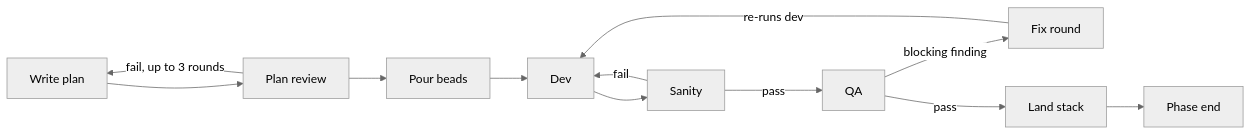
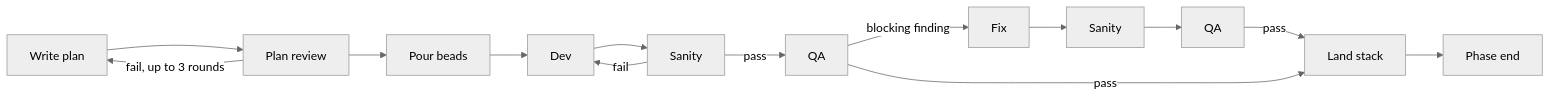
The diagram in docs/getting-started.md (randlee/atm-bd-orchestration), drawn with Mermaid (neutral theme) before and after one commit. The commit also changed other lines of this file and 1 other file, not shown here.

````diff
--- a/docs/getting-started.md
+++ b/docs/getting-started.md
@@ -14,10 +14,11 @@
 ```mermaid
 flowchart LR
     plan[Write plan] --> review[Plan review]
     review -- "fail, up to 3 rounds" --> plan
     review --> pour[Pour beads] --> dev[Dev] --> sanity[Sanity]
     sanity -- fail --> dev
     sanity -- pass --> qa[QA]
-    qa -- blocking finding --> fix[Fix round] -- re-runs dev --> dev
+    qa -- blocking finding --> fix[Fix] --> fsanity[Sanity] --> fqa[QA]
+    fqa -- pass --> stack
     qa -- pass --> stack[Land stack] --> done[Phase end]
 ```
````
